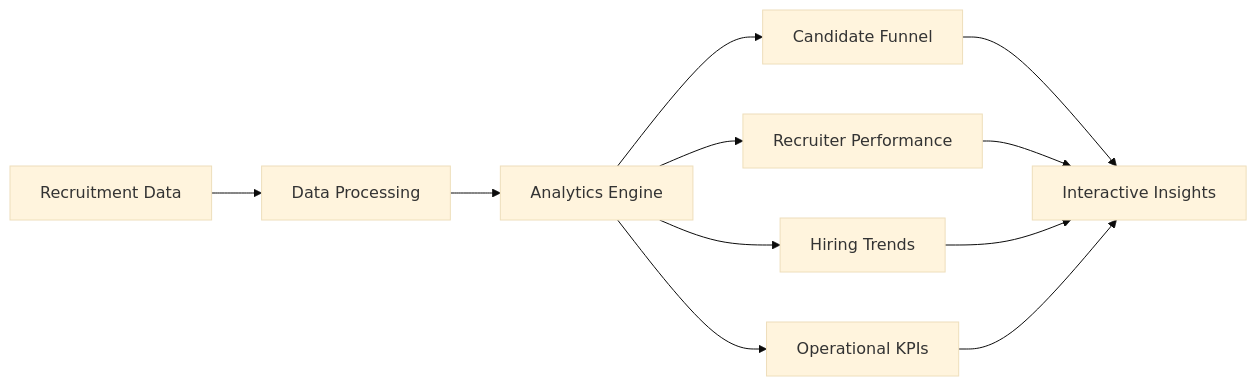
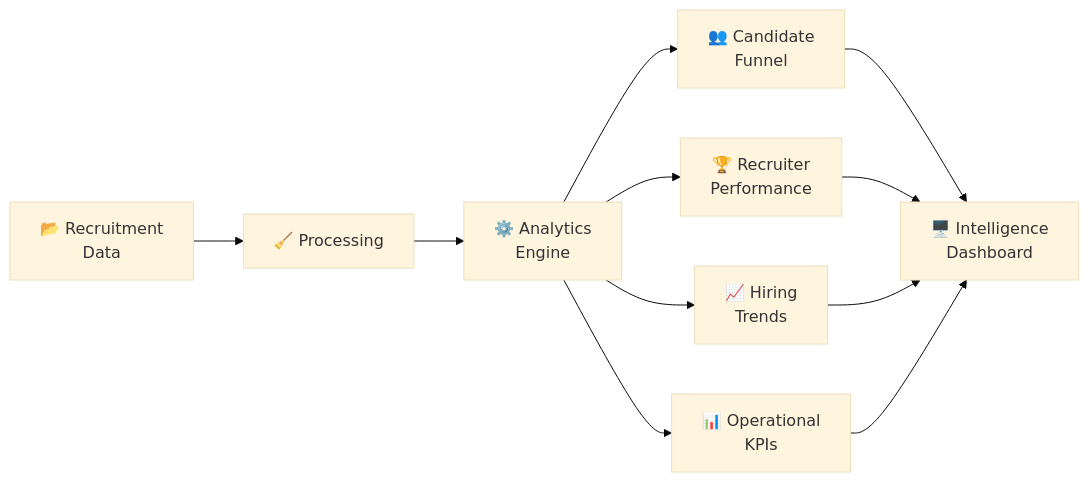
One commit to veerendrakalyanbabu-VKB/veerendrakalyanbabu-VKB changed the fifth of 6 diagrams in README.md. Above: the diagram before and after it, drawn with Mermaid (base theme). The commit also changed other lines of this file, not shown here.

````diff
--- a/README.md
+++ b/README.md
@@ -161,13 +286,13 @@
 ```mermaid
 flowchart LR
-    A[Recruitment Data] --> B[Data Processing]
-    B --> C[Analytics Engine]
-    C --> D[Candidate Funnel]
-    C --> E[Recruiter Performance]
-    C --> F[Hiring Trends]
-    C --> G[Operational KPIs]
-    D --> H[Interactive Insights]
+    A["📂 Recruitment<br/>Data"] --> B["🧹 Processing"]
+    B --> C["⚙️ Analytics<br/>Engine"]
+    C --> D["👥 Candidate<br/>Funnel"]
+    C --> E["🏆 Recruiter<br/>Performance"]
+    C --> F["📈 Hiring<br/>Trends"]
+    C --> G["📊 Operational<br/>KPIs"]
+    D --> H["🖥️ Intelligence<br/>Dashboard"]
     E --> H
     F --> H
     G --> H
 ```
````
